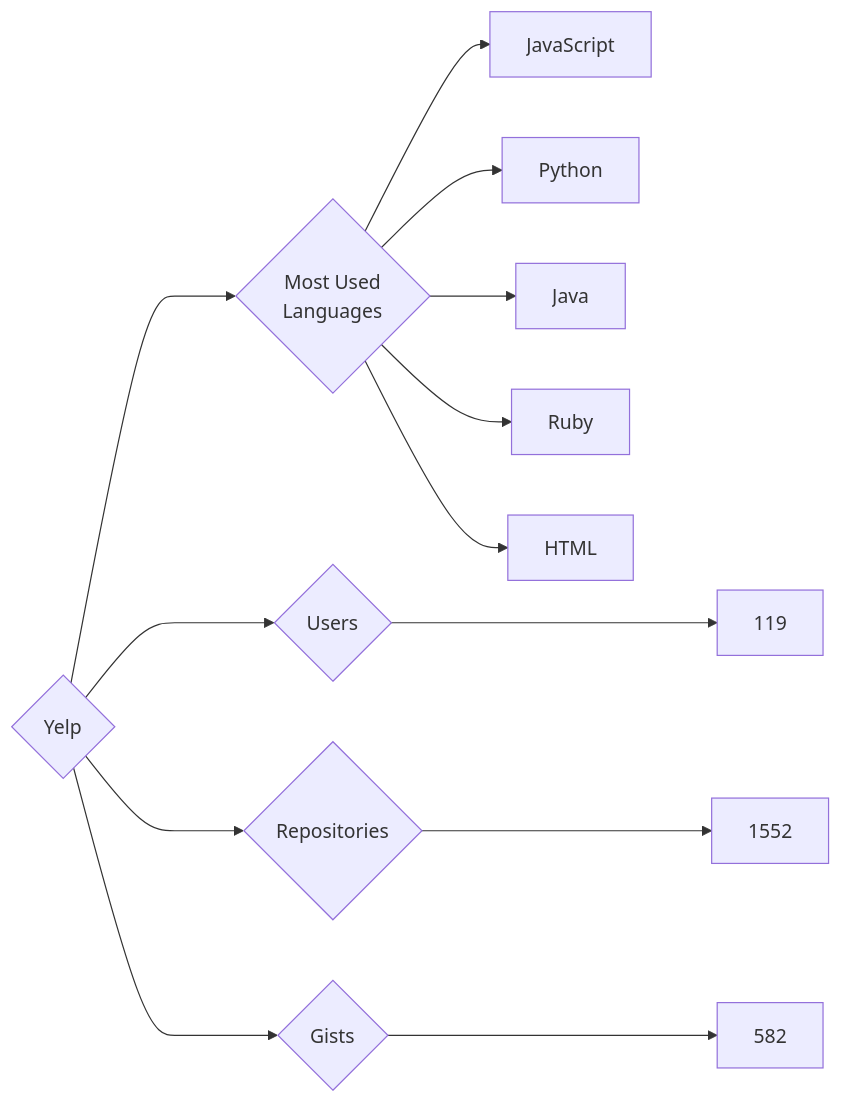
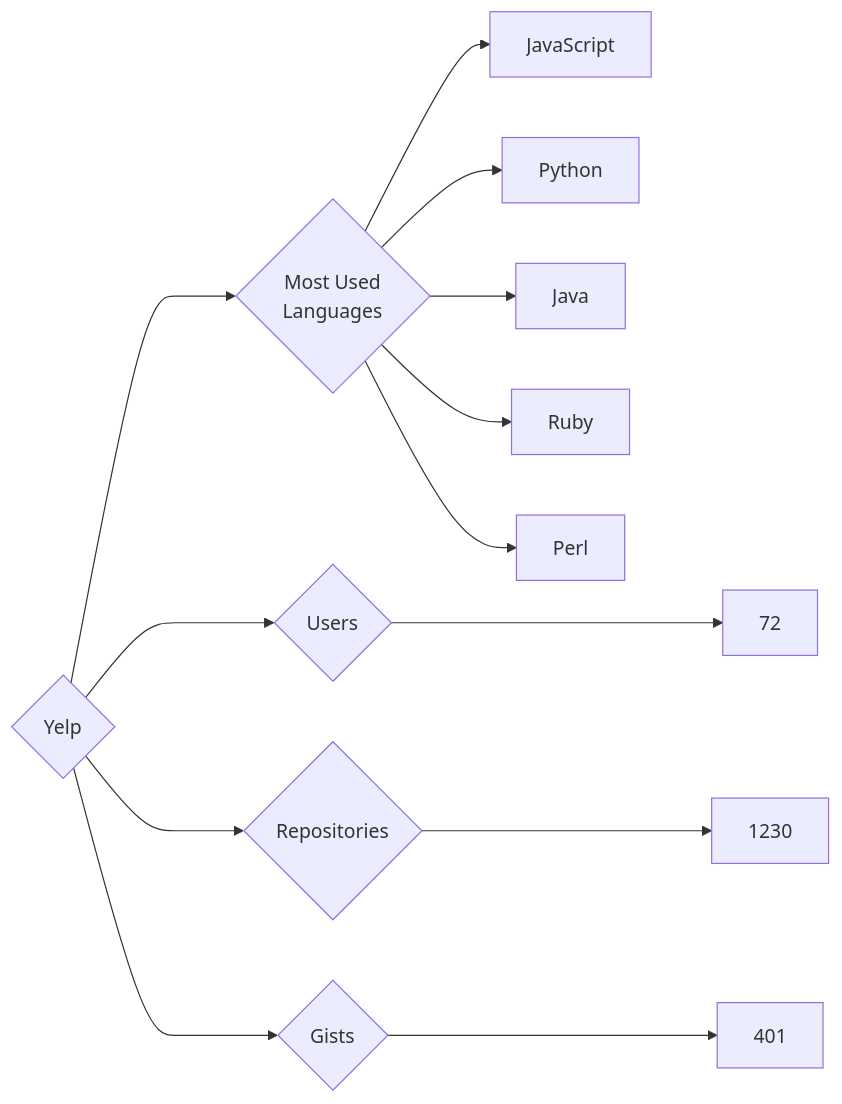
The diagram in targets/Yelp/README.md (trickest/insiders), drawn with Mermaid before and after one commit. The commit also changed 829 other files, not shown here.

````diff
--- a/targets/Yelp/README.md
+++ b/targets/Yelp/README.md
@@ -3,13 +3,13 @@
 ```mermaid
 graph LR
 COMPANY_NAME{Yelp}
-COMPANY_NAME ---> U{Users} ---> UN[119]
-COMPANY_NAME ---> R{Repositories} ---> RN[1552]
-COMPANY_NAME ---> G{Gists} ---> GN[582]
+COMPANY_NAME ---> U{Users} ---> UN[72]
+COMPANY_NAME ---> R{Repositories} ---> RN[1230]
+COMPANY_NAME ---> G{Gists} ---> GN[401]
 COMPANY_NAME ---> ML{Most Used<br>Languages}
 ML --> JavaScript[JavaScript]
 ML --> Python[Python]
 ML --> Java[Java]
 ML --> Ruby[Ruby]
-ML --> HTML[HTML]
+ML --> Perl[Perl]
 ```
````
